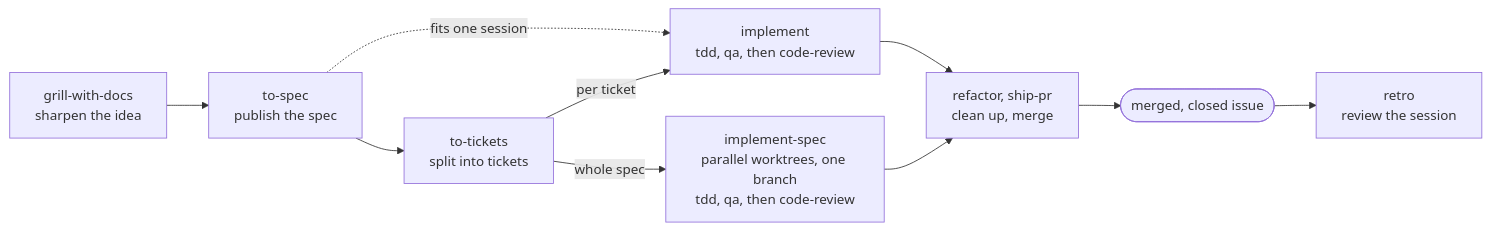
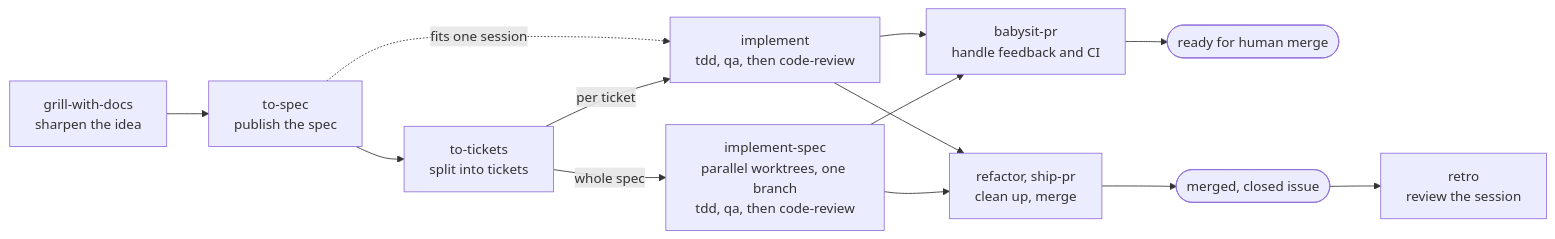
The diagram in README.md (svyatov/supermatt), drawn with Mermaid before and after one commit. The commit also changed other lines of this file and 75 other files, not shown here.

````diff
--- a/README.md
+++ b/README.md
@@ -107,12 +107,15 @@
 ```mermaid
 flowchart LR
   grill["grill-with-docs<br>sharpen the idea"] --> spec["to-spec<br>publish the spec"]
   spec --> tickets["to-tickets<br>split into tickets"]
   spec -. fits one session .-> implement
   tickets -->|per ticket| implement["implement<br>tdd, qa, then code-review"]
   tickets -->|whole spec| implementSpec["implement-spec<br>parallel worktrees, one branch<br>tdd, qa, then code-review"]
   implement --> ship["refactor, ship-pr<br>clean up, merge"]
   implementSpec --> ship
+  implement --> babysit["babysit-pr<br>handle feedback and CI"]
+  implementSpec --> babysit
+  babysit --> ready(["ready for human merge"])
   ship --> done(["merged, closed issue"])
   done --> retro["retro<br>review the session"]
 ```
````
